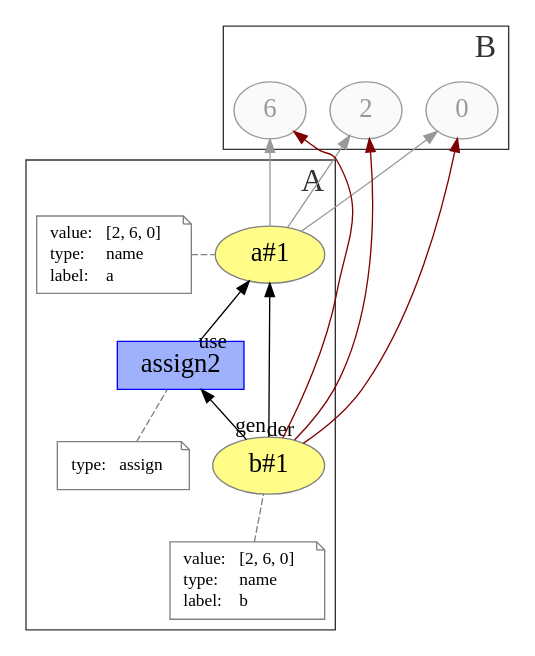
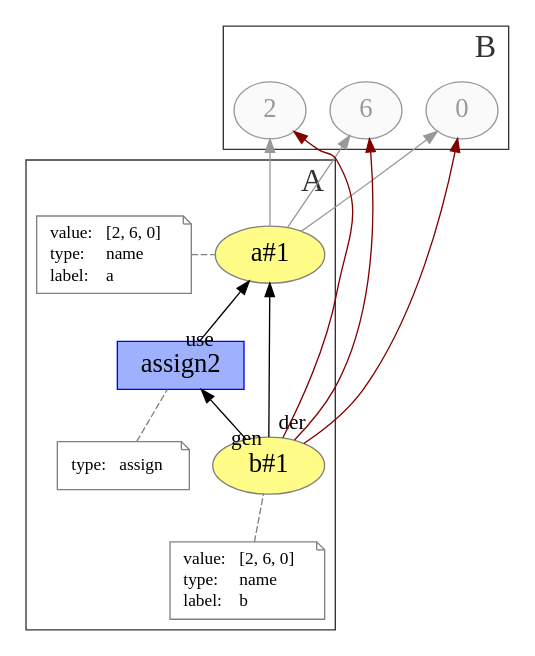
The diagram in generated/presentation/p1.dot (dew-uff/versioned-prov), drawn with Graphviz before and after one commit. The commit also changed 52 other files, not shown here.

```diff
--- a/generated/presentation/p1.dot
+++ b/generated/presentation/p1.dot
@@ -1,82 +1,84 @@
 digraph "PROV" { size="16,12"; rankdir="BT";
 newrank=true;
 splines = "spline"
 
 subgraph cluster_0 {
     labeljust="r"
     labelloc="b"
     color = "#333333"
     fontcolor = "#333333"
     fontsize = "24"
     label = "A";
     "g/a#1";
     "g/b#1"; "g/assign2"
     "g/a#1-attrs";
     "g/b#1-attrs"; "g/assign2-attrs"
     
 }
 subgraph cluster_1 {
     labeljust="r"
     labelloc="b"
     color = "#333333"
     fontcolor = "#333333"
     fontsize = "24"
     label = "B";
-    "g/0"; "g/6"; "g/2";
+    "g/2"; "g/6";  "g/0"; 
 }
 
+"g/2" [fillcolor="#FAFAFA",color="#999999",style="filled",fontcolor="#999999",label="2",URL="g/2",fontsize="20"]
 "g/6" [fillcolor="#FAFAFA",color="#999999",style="filled",fontcolor="#999999",label="6",URL="g/6",fontsize="20"]
-"g/2" [fillcolor="#FAFAFA",color="#999999",style="filled",fontcolor="#999999",label="2",URL="g/2",fontsize="20"]
 "g/0" [fillcolor="#FAFAFA",color="#999999",style="filled",fontcolor="#999999",label="0",URL="g/0",fontsize="20"]
 "g/a#1" [fillcolor="#FFFC87",color="#808080",style="filled",label="a#1",URL="g/a#1",fontsize="20"]
 "g/a#1-attrs" [color="gray",shape="note",fontsize="13",fontcolor="black",label=<<TABLE cellpadding="0" border="0">
 	<TR>
 	    <TD align="left">value:</TD>
 	    <TD align="left">[2, 6, 0]</TD>
 	</TR>
 	<TR>
 	    <TD align="left">type:</TD>
 	    <TD align="left">name</TD>
 	</TR>
 	<TR>
 	    <TD align="left">label:</TD>
 	    <TD align="left">a</TD>
 	</TR>
 </TABLE>>]
 "g/a#1-attrs" -> "g/a#1" [color="gray",style="dashed",arrowhead="none"]
 "g/b#1" [fillcolor="#FFFC87",color="#808080",style="filled",label="b#1",URL="g/b#1",fontsize="20"]
 "g/b#1-attrs" [color="gray",shape="note",fontsize="13",fontcolor="black",label=<<TABLE cellpadding="0" border="0">
 	<TR>
 	    <TD align="left">value:</TD>
 	    <TD align="left">[2, 6, 0]</TD>
 	</TR>
 	<TR>
 	    <TD align="left">type:</TD>
 	    <TD align="left">name</TD>
 	</TR>
 	<TR>
 	    <TD align="left">label:</TD>
 	    <TD align="left">b</TD>
 	</TR>
 </TABLE>>]
 "g/b#1-attrs" -> "g/b#1" [color="gray",style="dashed",arrowhead="none"]
 "g/a#1" -> "g/2" [fontcolor="#999999",color="#999999"]
 "g/a#1" -> "g/6" [fontcolor="#999999",color="#999999"]
 "g/a#1" -> "g/0" [fontcolor="#999999",color="#999999"]
 "g/b#1" -> "g/2" [color="#800000",fontcolor="#800000"]
 "g/b#1" -> "g/6" [color="#800000",fontcolor="#800000"]
 "g/b#1" -> "g/0" [color="#800000",fontcolor="#800000"]
 "g/assign2" [fillcolor="#9FB1FC",color="#0000FF",shape="polygon",sides="4",style="filled",label="assign2",URL="g/assign2",fontsize="20"]
 "g/assign2-attrs" [color="gray",shape="note",fontsize="13",fontcolor="black",label=<<TABLE cellpadding="0" border="0">
 	<TR>
 	    <TD align="left">type:</TD>
 	    <TD align="left">assign</TD>
 	</TR>
 </TABLE>>]
 "g/assign2-attrs" -> "g/assign2" [color="gray",style="dashed",arrowhead="none"]
-"g/b#1" -> "g/a#1" [labelfontsize="16",labeldistance="1",labelangle="60.0",rotation="20",taillabel="der"]
+"g/b#1" -> "g/a#1" [labelfontsize="16",labeldistance="2",labelangle="60.0",rotation="20",taillabel="der",dist="2"]
+"g/assign2" -> "g/a#1" [labelfontsize="16",labeldistance="0",labelangle="60.0",rotation="20",taillabel="use",dist="0"]
+"g/b#1" -> "g/assign2" [labelfontsize="16",labeldistance="0",labelangle="60.0",rotation="20",taillabel="gen",dist="0"]
 
 {rank=same "g/a#1" "g/a#1-attrs"}
-"g/assign2" -> "g/a#1" [labelfontsize="16",labeldistance="1",labelangle="60.0",rotation="20",taillabel="use"]
-"g/b#1" -> "g/assign2" [labelfontsize="16",labeldistance="1",labelangle="60.0",rotation="20",taillabel="gen"]
+{rank=same "g/2" "g/6" "g/0"}
+"g/0" -> "g/6" -> "g/2" [style=invis]
 }
```
